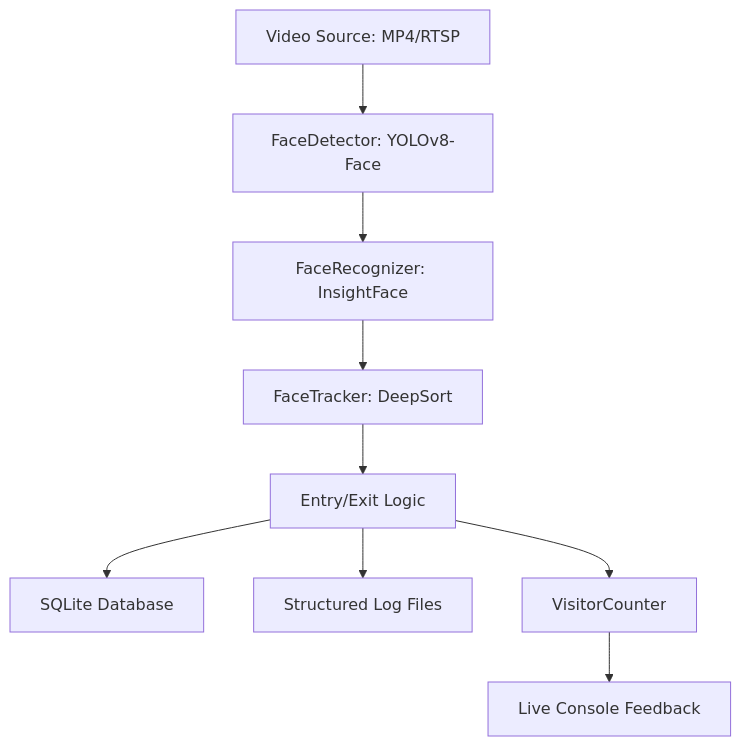
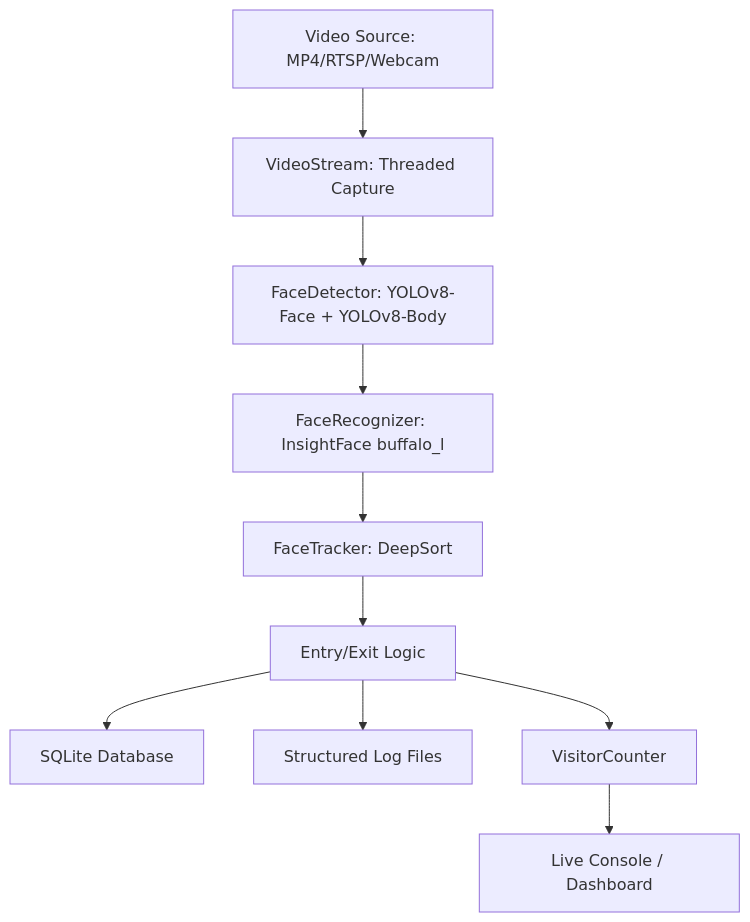
One commit to vithaha05/face_tracker changed the diagram in README.md. Above: the diagram before and after it, drawn with Mermaid. The commit also changed other lines of this file and 5 other files, not shown here.

Commit message:
Add threaded capture with RTSP support and auto-reset on source change

````diff
--- a/README.md
+++ b/README.md
@@ -22,11 +25,12 @@
 ```mermaid
 graph TD
-    A[Video Source: MP4/RTSP] --> B[FaceDetector: YOLOv8-Face]
-    B --> C[FaceRecognizer: InsightFace]
-    C --> D[FaceTracker: DeepSort]
-    D --> E[Entry/Exit Logic]
-    E --> F[SQLite Database]
-    E --> G[Structured Log Files]
-    E --> H[VisitorCounter]
-    H --> I[Live Console Feedback]
+    A[Video Source: MP4/RTSP/Webcam] --> B[VideoStream: Threaded Capture]
+    B --> C[FaceDetector: YOLOv8-Face + YOLOv8-Body]
+    C --> D[FaceRecognizer: InsightFace buffalo_l]
+    D --> E[FaceTracker: DeepSort]
+    E --> F[Entry/Exit Logic]
+    F --> G[SQLite Database]
+    F --> H[Structured Log Files]
+    F --> I[VisitorCounter]
+    I --> J[Live Console / Dashboard]
 ```
````
